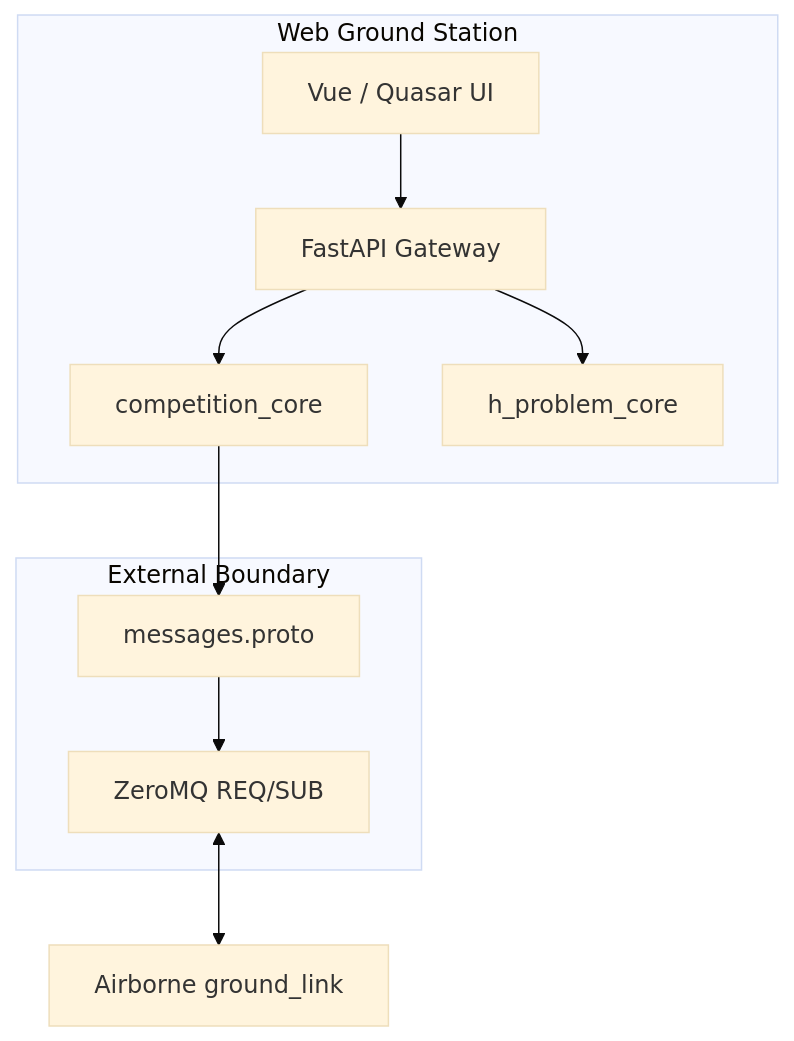
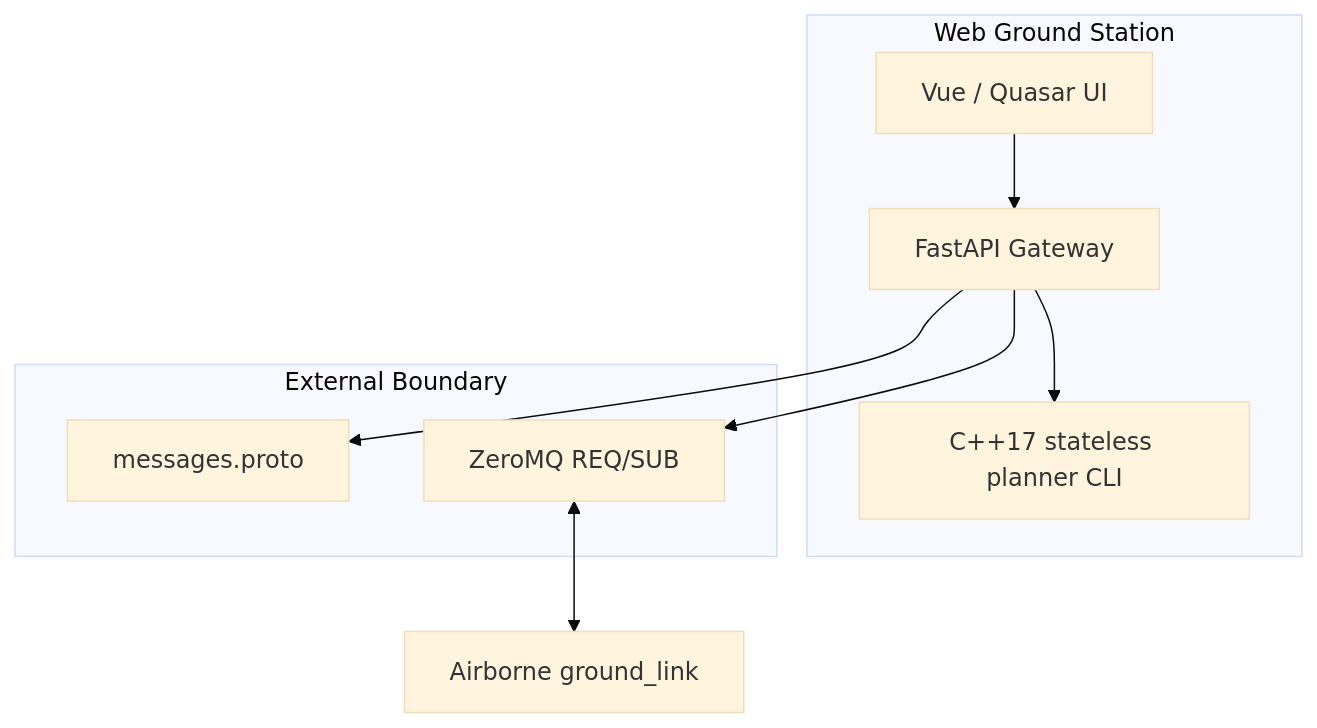
Before and after one commit to Wanqiq7/NUEDC_Test: the second of 2 diagrams in README.md, drawn with Mermaid (base theme). The commit also changed other lines of this file and 3 other files, not shown here.

````diff
--- a/README.md
+++ b/README.md
@@ -255,21 +254,19 @@
 ```mermaid
 flowchart TB
     subgraph Ground["Web Ground Station"]
         Browser["Vue / Quasar UI"]
         Gateway["FastAPI Gateway"]
-        Core["competition_core"]
-        HCore["h_problem_core"]
+        Planner["C++17 stateless planner CLI"]
     end
 
     subgraph Boundary["External Boundary"]
         Proto["messages.proto"]
         Zmq["ZeroMQ REQ/SUB"]
     end
 
     Browser --> Gateway
-    Gateway --> Core
-    Gateway --> HCore
-    Core --> Proto
-    Proto --> Zmq
+    Gateway --> Planner
+    Gateway --> Proto
+    Gateway --> Zmq
     Zmq <--> Airborne["Airborne ground_link"]
 ```
````
